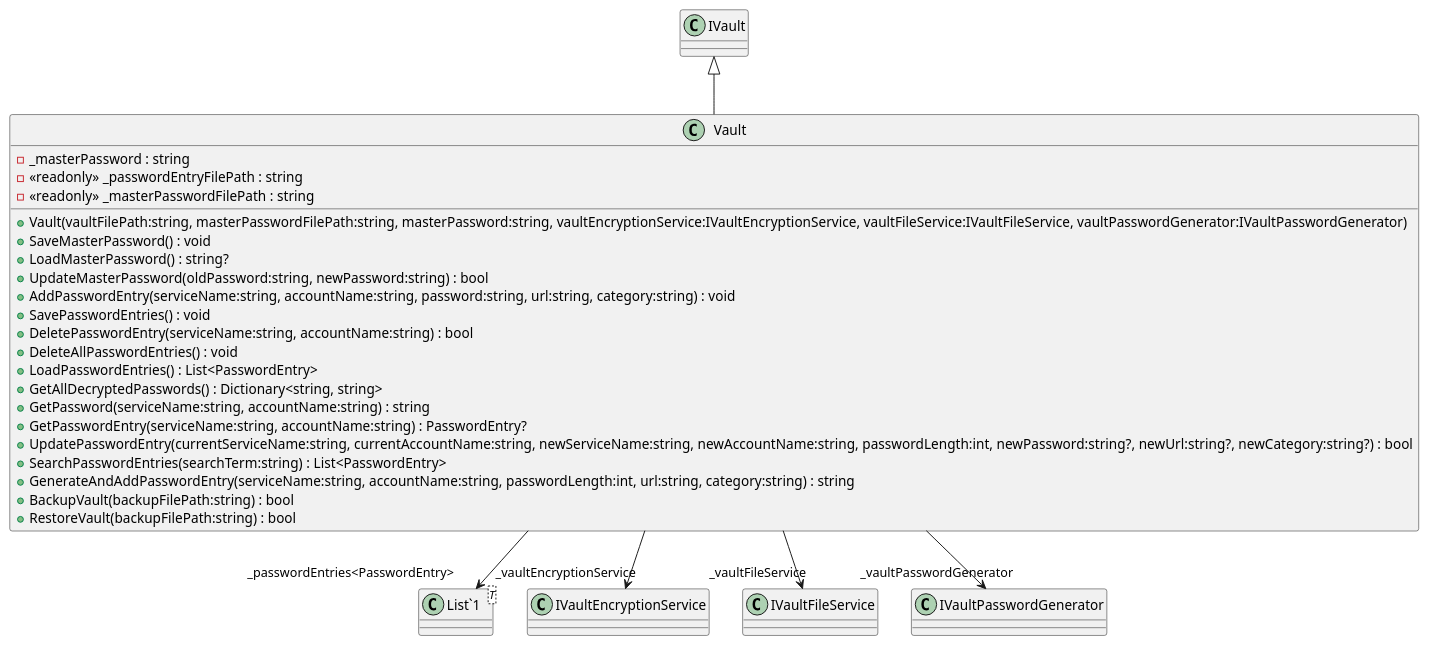
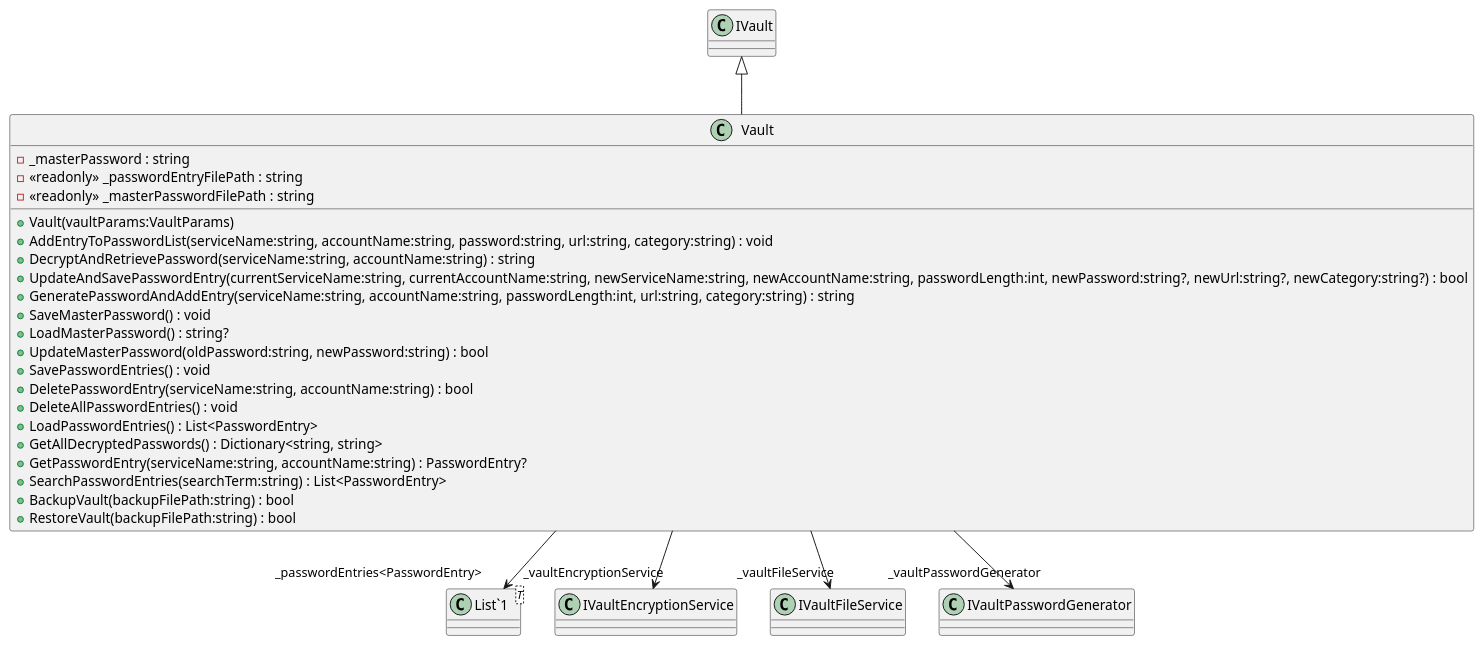
Before and after one commit to BeierKevin/KeyVaultCLI: the diagram in uml/src/KeyVaultCli.Domain/Entities/Vault.puml, drawn with PlantUML. The commit also changed 5 other files, not shown here.

Commit message:
updated uml diagram

```diff
--- a/uml/src/KeyVaultCli.Domain/Entities/Vault.puml
+++ b/uml/src/KeyVaultCli.Domain/Entities/Vault.puml
@@ -1,31 +1,31 @@
 @startuml
 class Vault {
     - _masterPassword : string
     - <<readonly>> _passwordEntryFilePath : string
     - <<readonly>> _masterPasswordFilePath : string
-    + Vault(vaultFilePath:string, masterPasswordFilePath:string, masterPassword:string, vaultEncryptionService:IVaultEncryptionService, vaultFileService:IVaultFileService, vaultPasswordGenerator:IVaultPasswordGenerator)
+    + Vault(vaultParams:VaultParams)
+    + AddEntryToPasswordList(serviceName:string, accountName:string, password:string, url:string, category:string) : void
+    + DecryptAndRetrievePassword(serviceName:string, accountName:string) : string
+    + UpdateAndSavePasswordEntry(currentServiceName:string, currentAccountName:string, newServiceName:string, newAccountName:string, passwordLength:int, newPassword:string?, newUrl:string?, newCategory:string?) : bool
+    + GeneratePasswordAndAddEntry(serviceName:string, accountName:string, passwordLength:int, url:string, category:string) : string
     + SaveMasterPassword() : void
     + LoadMasterPassword() : string?
     + UpdateMasterPassword(oldPassword:string, newPassword:string) : bool
-    + AddPasswordEntry(serviceName:string, accountName:string, password:string, url:string, category:string) : void
     + SavePasswordEntries() : void
     + DeletePasswordEntry(serviceName:string, accountName:string) : bool
     + DeleteAllPasswordEntries() : void
     + LoadPasswordEntries() : List<PasswordEntry>
     + GetAllDecryptedPasswords() : Dictionary<string, string>
-    + GetPassword(serviceName:string, accountName:string) : string
     + GetPasswordEntry(serviceName:string, accountName:string) : PasswordEntry?
-    + UpdatePasswordEntry(currentServiceName:string, currentAccountName:string, newServiceName:string, newAccountName:string, passwordLength:int, newPassword:string?, newUrl:string?, newCategory:string?) : bool
     + SearchPasswordEntries(searchTerm:string) : List<PasswordEntry>
-    + GenerateAndAddPasswordEntry(serviceName:string, accountName:string, passwordLength:int, url:string, category:string) : string
     + BackupVault(backupFilePath:string) : bool
     + RestoreVault(backupFilePath:string) : bool
 }
 class "List`1"<T> {
 }
 IVault <|-- Vault
 Vault --> "_passwordEntries<PasswordEntry>" "List`1"
 Vault --> "_vaultEncryptionService" IVaultEncryptionService
 Vault --> "_vaultFileService" IVaultFileService
 Vault --> "_vaultPasswordGenerator" IVaultPasswordGenerator
 @enduml
```
